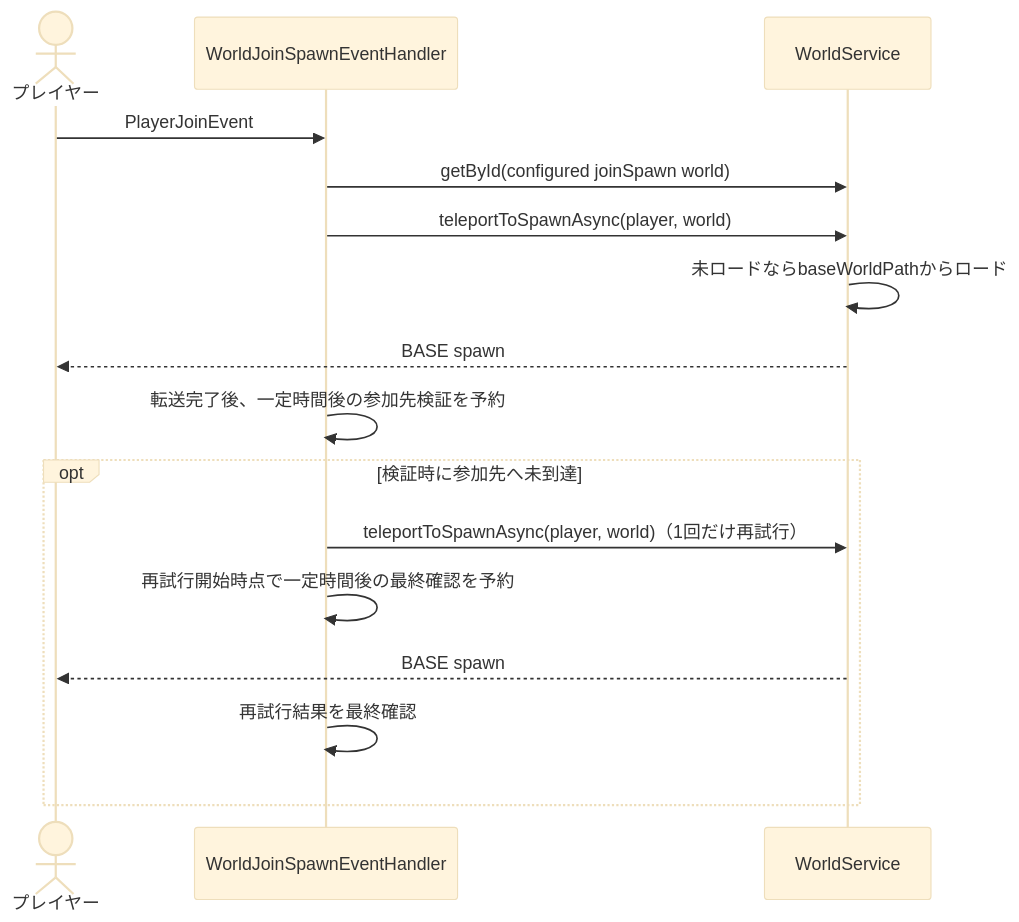
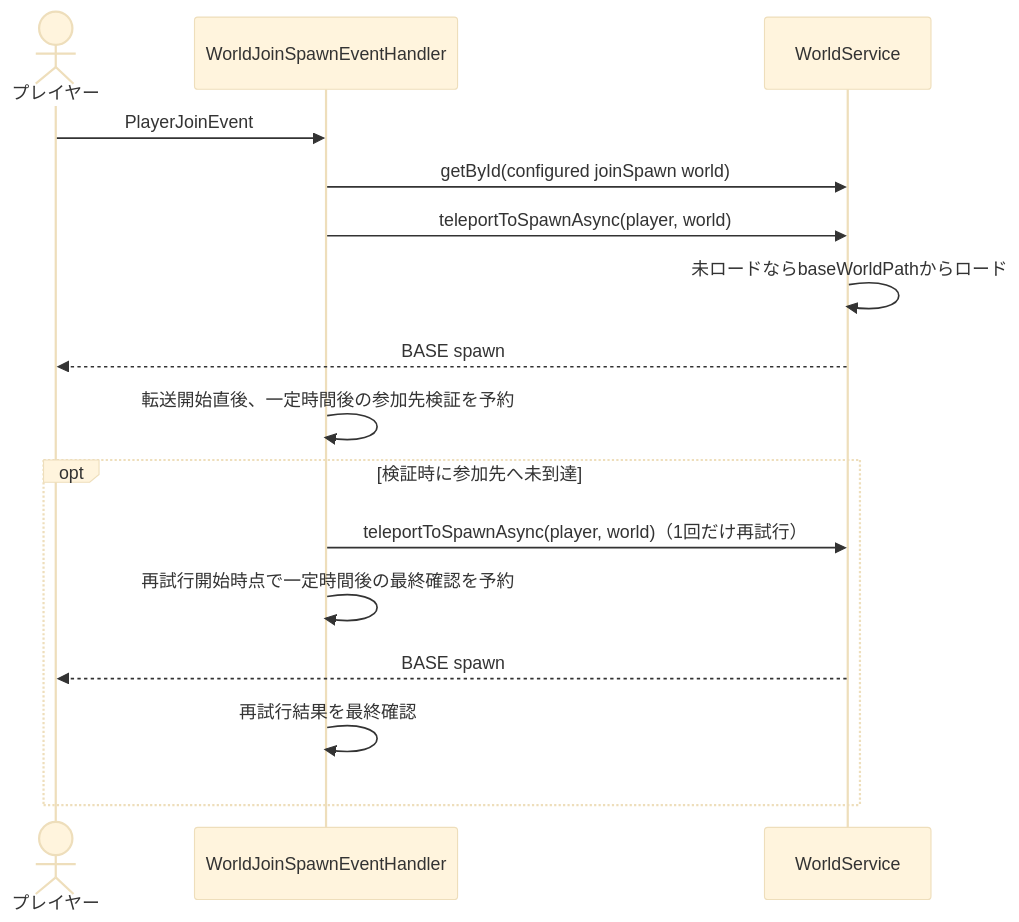
Before and after one commit to maaasu/AstralRecord-Workspace: the fourth of 5 diagrams in 00_docs/10_Plugin設計書/feature/17-world/17_4-統合フロー.md, drawn with Mermaid (base theme). The commit also changed other lines of this file and 4 other files, not shown here.

````diff
--- a/00_docs/10_Plugin設計書/feature/17-world/17_4-統合フロー.md
+++ b/00_docs/10_Plugin設計書/feature/17-world/17_4-統合フロー.md
@@ -121,18 +121,18 @@
 ```mermaid
 sequenceDiagram
     actor Player as プレイヤー
     participant Join as WorldJoinSpawnEventHandler
     participant World as WorldService
     Player->>Join: PlayerJoinEvent
     Join->>World: getById(configured joinSpawn world)
     Join->>World: teleportToSpawnAsync(player, world)
     World->>World: 未ロードならbaseWorldPathからロード
     World-->>Player: BASE spawn
-    Join->>Join: 転送完了後、一定時間後の参加先検証を予約
+    Join->>Join: 転送開始直後、一定時間後の参加先検証を予約
     opt 検証時に参加先へ未到達
         Join->>World: teleportToSpawnAsync(player, world)（1回だけ再試行）
         Join->>Join: 再試行開始時点で一定時間後の最終確認を予約
         World-->>Player: BASE spawn
         Join->>Join: 再試行結果を最終確認
     end
 ```
````
